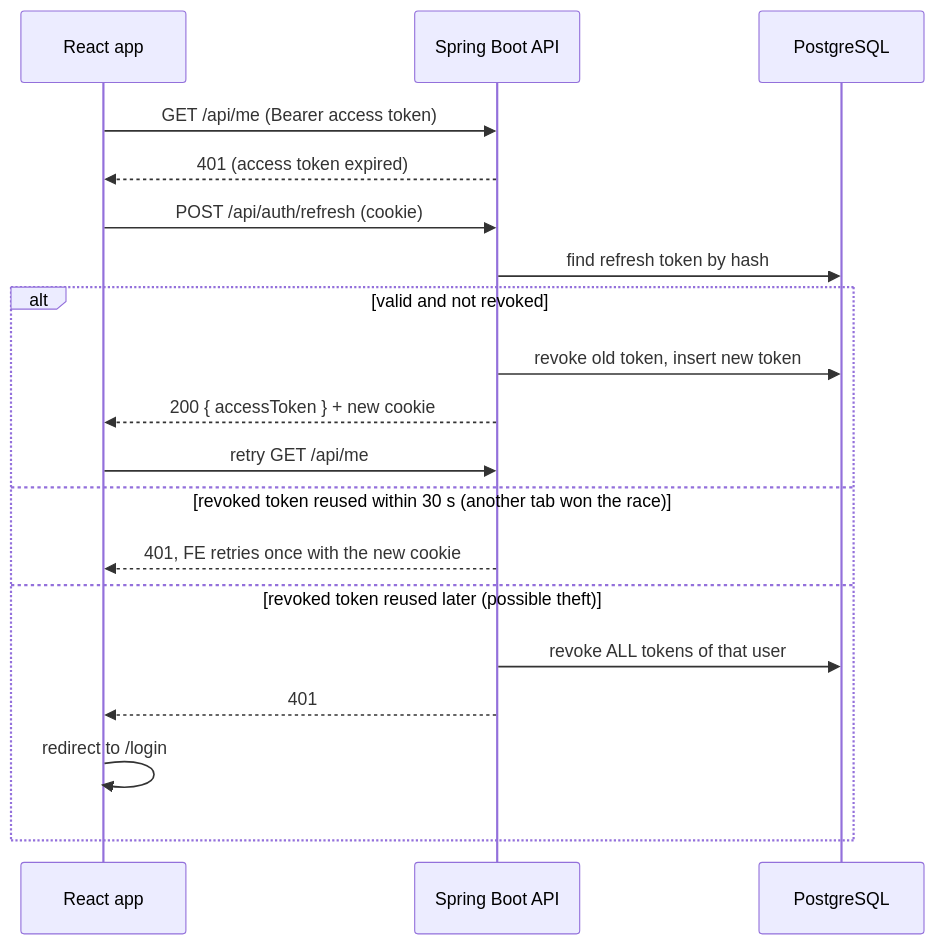
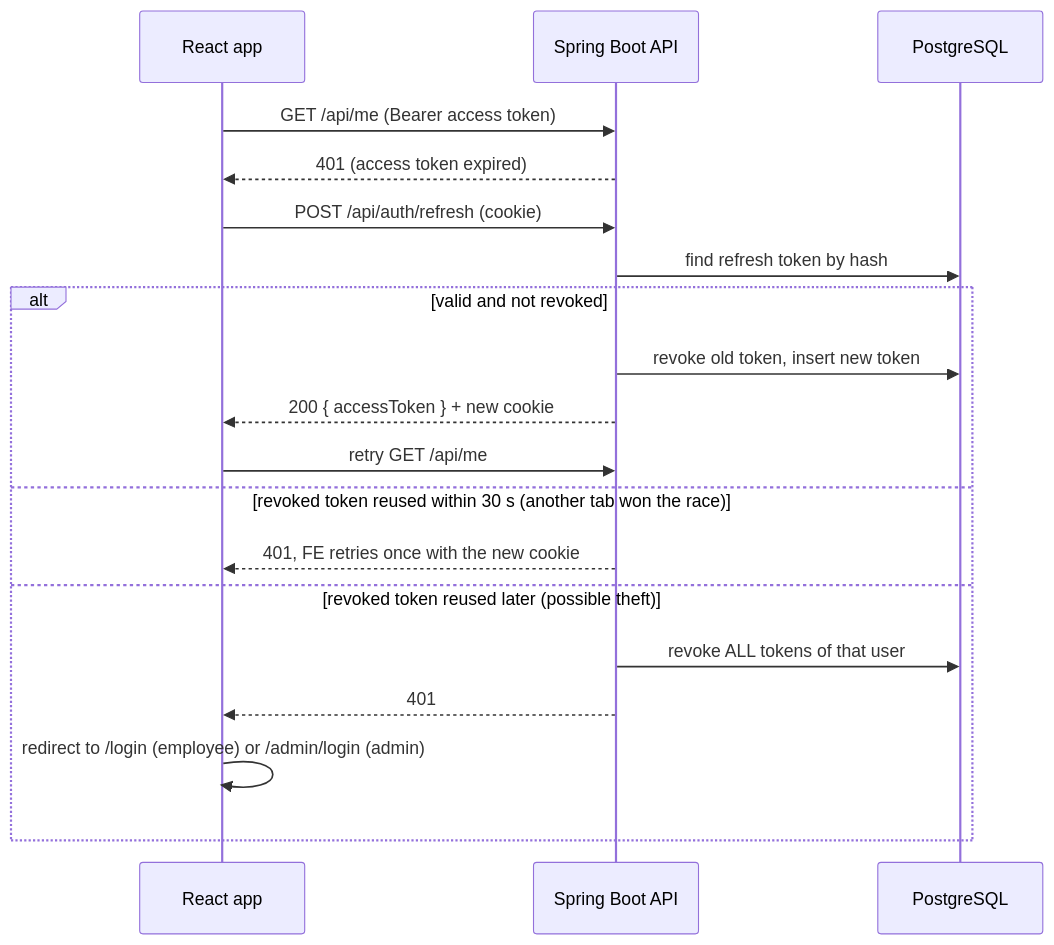
The second of 4 diagrams in docs/auth-flows.md (agusheryanto182/employee-portal), drawn with Mermaid before and after one commit. The commit also changed other lines of this file and 5 other files, not shown here.

Commit message:
docs: reflect separate sign-in pages in flows, API, testing, deployment and README

````diff
--- a/docs/auth-flows.md
+++ b/docs/auth-flows.md
@@ -37,22 +39,22 @@
 ```mermaid
 sequenceDiagram
     participant FE as React app
     participant API as Spring Boot API
     participant DB as PostgreSQL
 
     FE->>API: GET /api/me (Bearer access token)
     API-->>FE: 401 (access token expired)
     FE->>API: POST /api/auth/refresh (cookie)
     API->>DB: find refresh token by hash
     alt valid and not revoked
         API->>DB: revoke old token, insert new token
         API-->>FE: 200 { accessToken } + new cookie
         FE->>API: retry GET /api/me
     else revoked token reused within 30 s (another tab won the race)
         API-->>FE: 401, FE retries once with the new cookie
     else revoked token reused later (possible theft)
         API->>DB: revoke ALL tokens of that user
         API-->>FE: 401
-        FE->>FE: redirect to /login
+        FE->>FE: redirect to /login (employee) or /admin/login (admin)
     end
 ```
````
